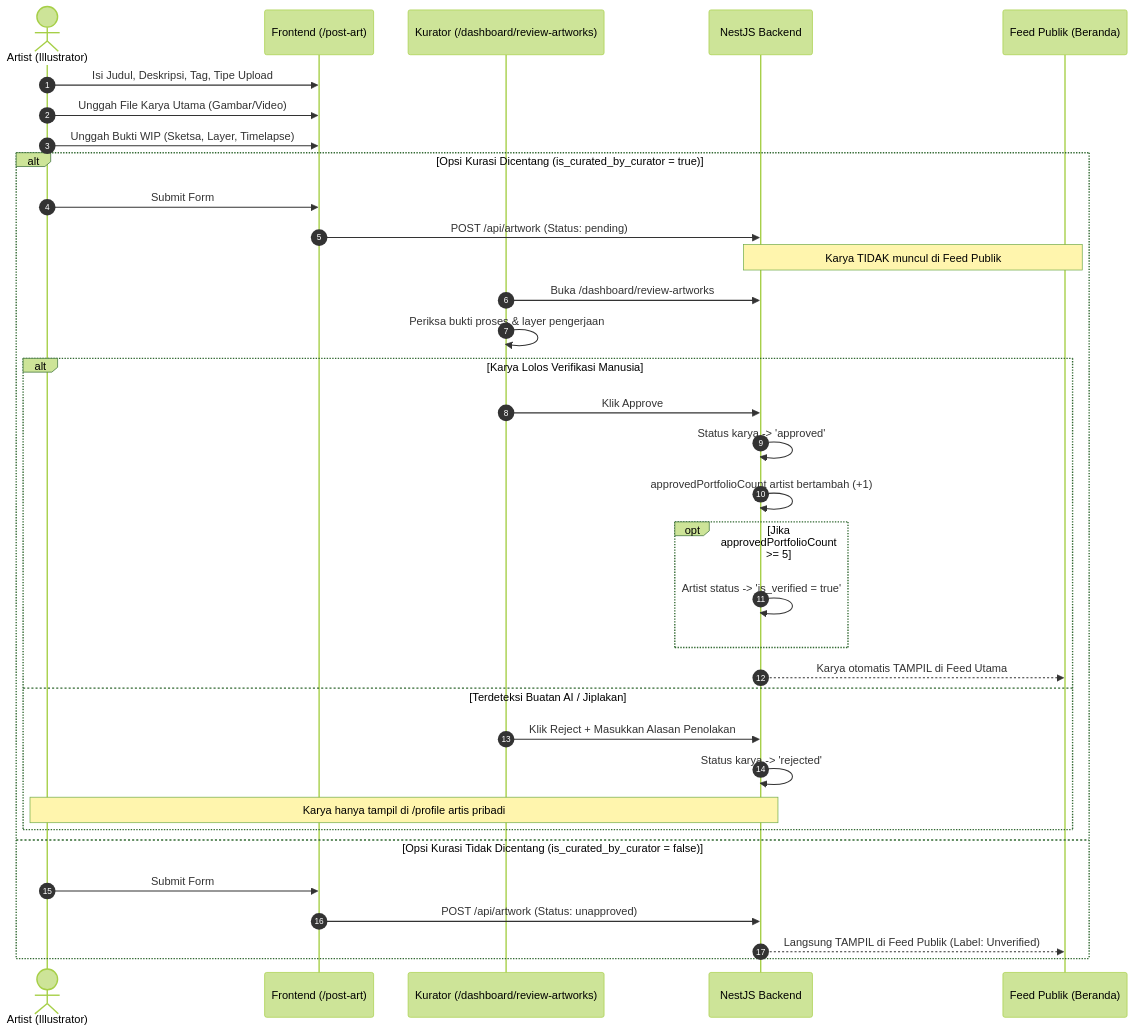
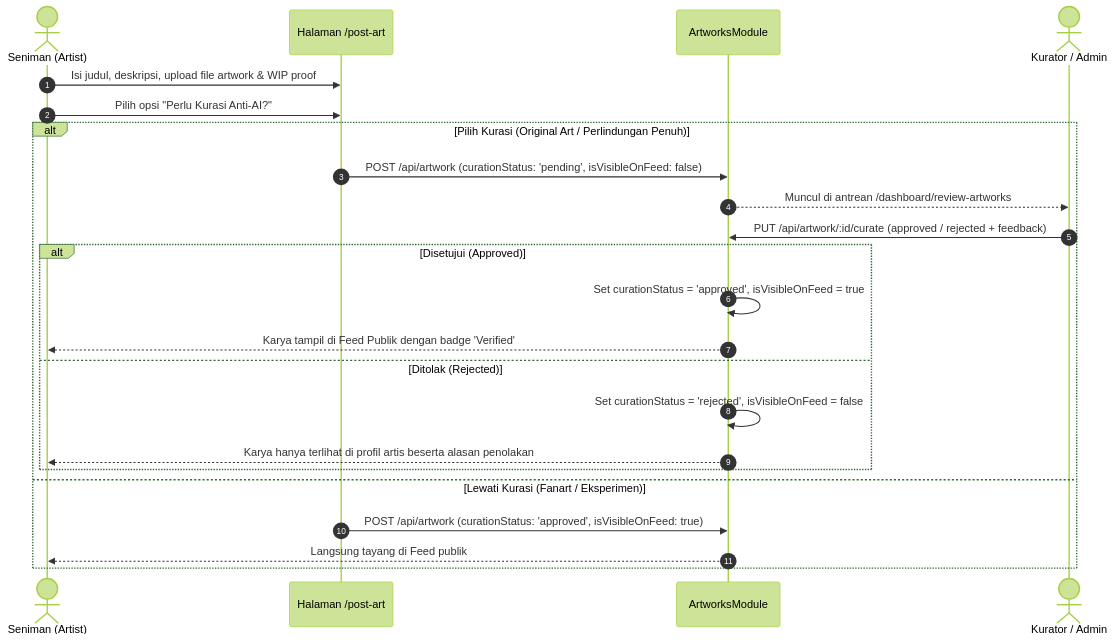
The third of 4 diagrams in docs/BUSINESS_PROCESS.md (Revou-FSSE-Feb26/crack-fe-Diba15), drawn with Mermaid (forest theme) before and after one commit. The commit also changed other lines of this file and 1 other file, not shown here.

````diff
--- a/docs/BUSINESS_PROCESS.md
+++ b/docs/BUSINESS_PROCESS.md
@@ -113,38 +114,26 @@
 ```mermaid
 sequenceDiagram
     autonumber
-    actor Artist as Artist (Illustrator)
-    participant FE as Frontend (/post-art)
-    participant Curator as Kurator (/dashboard/review-artworks)
-    participant BE as NestJS Backend
-    participant Feed as Feed Publik (Beranda)
+    actor Artist as Seniman (Artist)
+    participant FE as Halaman /post-art
+    participant BE as ArtworksModule
+    actor Curator as Kurator / Admin
 
-    Artist->>FE: Isi Judul, Deskripsi, Tag, Tipe Upload
-    Artist->>FE: Unggah File Karya Utama (Gambar/Video)
-    Artist->>FE: Unggah Bukti WIP (Sketsa, Layer, Timelapse)
-    
-    alt Opsi Kurasi Dicentang (is_curated_by_curator = true)
-        Artist->>FE: Submit Form
-        FE->>BE: POST /api/artwork (Status: pending)
-        Note over BE,Feed: Karya TIDAK muncul di Feed Publik
-        Curator->>BE: Buka /dashboard/review-artworks
-        Curator->>Curator: Periksa bukti proses & layer pengerjaan
-        alt Karya Lolos Verifikasi Manusia
-            Curator->>BE: Klik Approve
-            BE->>BE: Status karya -> 'approved'
-            BE->>BE: approvedPortfolioCount artist bertambah (+1)
-            opt Jika approvedPortfolioCount >= 5
-                BE->>BE: Artist status -> 'is_verified = true'
-            end
-            BE-->>Feed: Karya otomatis TAMPIL di Feed Utama
-        else Terdeteksi Buatan AI / Jiplakan
-            Curator->>BE: Klik Reject + Masukkan Alasan Penolakan
-            BE->>BE: Status karya -> 'rejected'
-            Note over BE,Artist: Karya hanya tampil di /profile artis pribadi
+    Artist->>FE: Isi judul, deskripsi, upload file artwork & WIP proof
+    Artist->>FE: Pilih opsi "Perlu Kurasi Anti-AI?"
+    alt Pilih Kurasi (Original Art / Perlindungan Penuh)
+        FE->>BE: POST /api/artwork (curationStatus: 'pending', isVisibleOnFeed: false)
+        BE-->>Curator: Muncul di antrean /dashboard/review-artworks
+        Curator->>BE: PUT /api/artwork/:id/curate (approved / rejected + feedback)
+        alt Disetujui (Approved)
+            BE->>BE: Set curationStatus = 'approved', isVisibleOnFeed = true
+            BE-->>Artist: Karya tampil di Feed Publik dengan badge 'Verified'
+        else Ditolak (Rejected)
+            BE->>BE: Set curationStatus = 'rejected', isVisibleOnFeed = false
+            BE-->>Artist: Karya hanya terlihat di profil artis beserta alasan penolakan
         end
-    else Opsi Kurasi Tidak Dicentang (is_curated_by_curator = false)
-        Artist->>FE: Submit Form
-        FE->>BE: POST /api/artwork (Status: unapproved)
-        BE-->>Feed: Langsung TAMPIL di Feed Publik (Label: Unverified)
+    else Lewati Kurasi (Fanart / Eksperimen)
+        FE->>BE: POST /api/artwork (curationStatus: 'approved', isVisibleOnFeed: true)
+        BE-->>Artist: Langsung tayang di Feed publik
     end
 ```
````
